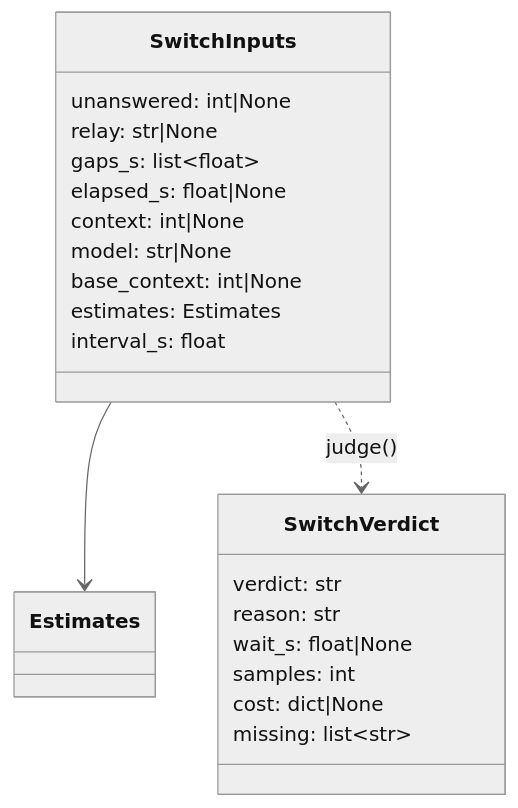
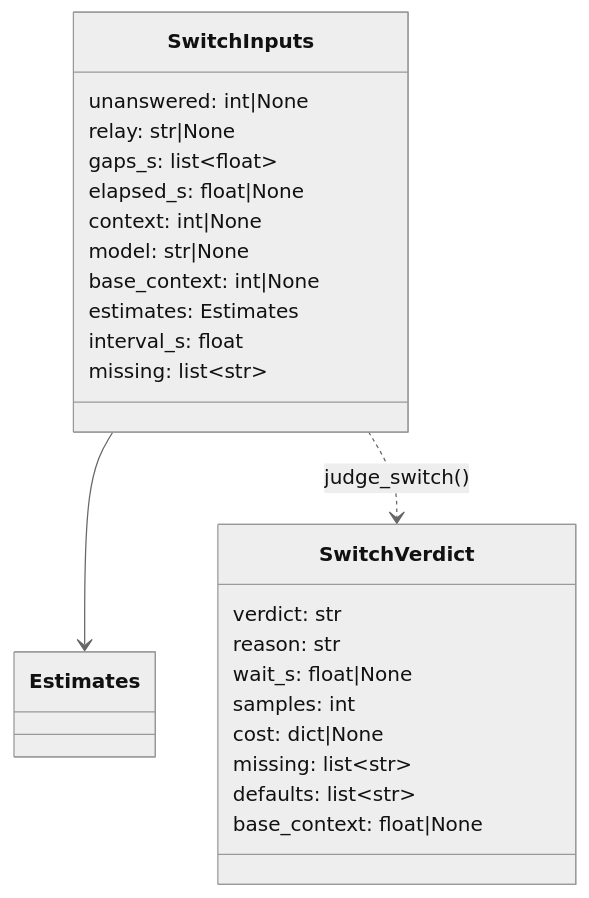
Before and after one commit to devbasex/ai-plugins: the second of 3 diagrams in issues/issue-3006-design.md, drawn with Mermaid (neutral theme). The commit also changed other lines of this file and 1 other file, not shown here.

````diff
--- a/issues/issue-3006-design.md
+++ b/issues/issue-3006-design.md
@@ -172,25 +173,28 @@
 ```mermaid
 classDiagram
     class SwitchInputs {
         unanswered: int|None
         relay: str|None
         gaps_s: list~float~
         elapsed_s: float|None
         context: int|None
         model: str|None
         base_context: int|None
         estimates: Estimates
         interval_s: float
+        missing: list~str~
     }
     class SwitchVerdict {
         verdict: str
         reason: str
         wait_s: float|None
         samples: int
         cost: dict|None
         missing: list~str~
+        defaults: list~str~
+        base_context: float|None
     }
     class Estimates
     SwitchInputs --> Estimates
-    SwitchInputs ..> SwitchVerdict : judge()
+    SwitchInputs ..> SwitchVerdict : judge_switch()
 ```
````
